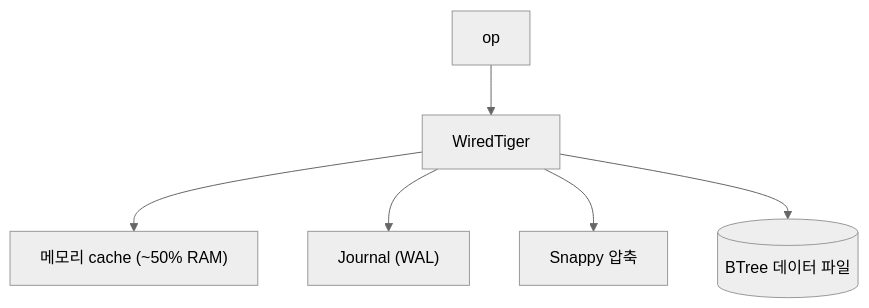
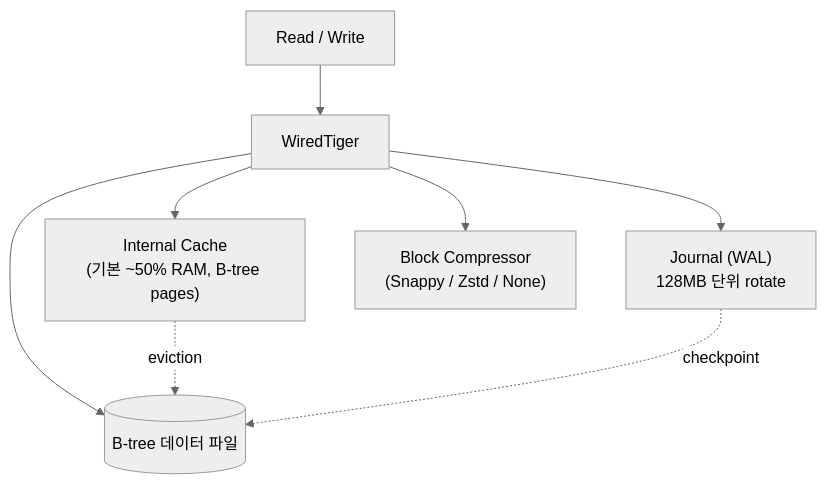
Before and after one commit to shinkeonkim/shinkeonkim.github.io: the second of 6 diagrams in src/content/wiki/database-internals/mongodb.mdx, drawn with Mermaid (neutral theme). The commit also changed other lines of this file and 526 other files, not shown here.

First line of the commit message:
content(wiki): 전수조사 및 대규모 보강 (짧은 파일 0, mermaid +645)

````diff
--- a/src/content/wiki/database-internals/mongodb.mdx
+++ b/src/content/wiki/database-internals/mongodb.mdx
@@ -48,8 +94,10 @@
 ```mermaid
 flowchart TB
-    Op[op] --> WT[WiredTiger]
-    WT --> Cache["메모리 cache (~50% RAM)"]
-    WT --> Journal["Journal (WAL)"]
-    WT --> Snappy[Snappy 압축]
-    WT --> DataFiles[(BTree 데이터 파일)]
+    Op["Read / Write"] --> WT["WiredTiger"]
+    WT --> Cache["Internal Cache<br/>(기본 ~50% RAM, B-tree pages)"]
+    WT --> Journal["Journal (WAL)<br/>128MB 단위 rotate"]
+    WT --> Snappy["Block Compressor<br/>(Snappy / Zstd / None)"]
+    WT --> DataFiles[("B-tree 데이터 파일")]
+    Cache -.->|"eviction"| DataFiles
+    Journal -.->|"checkpoint"| DataFiles
 ```
````
